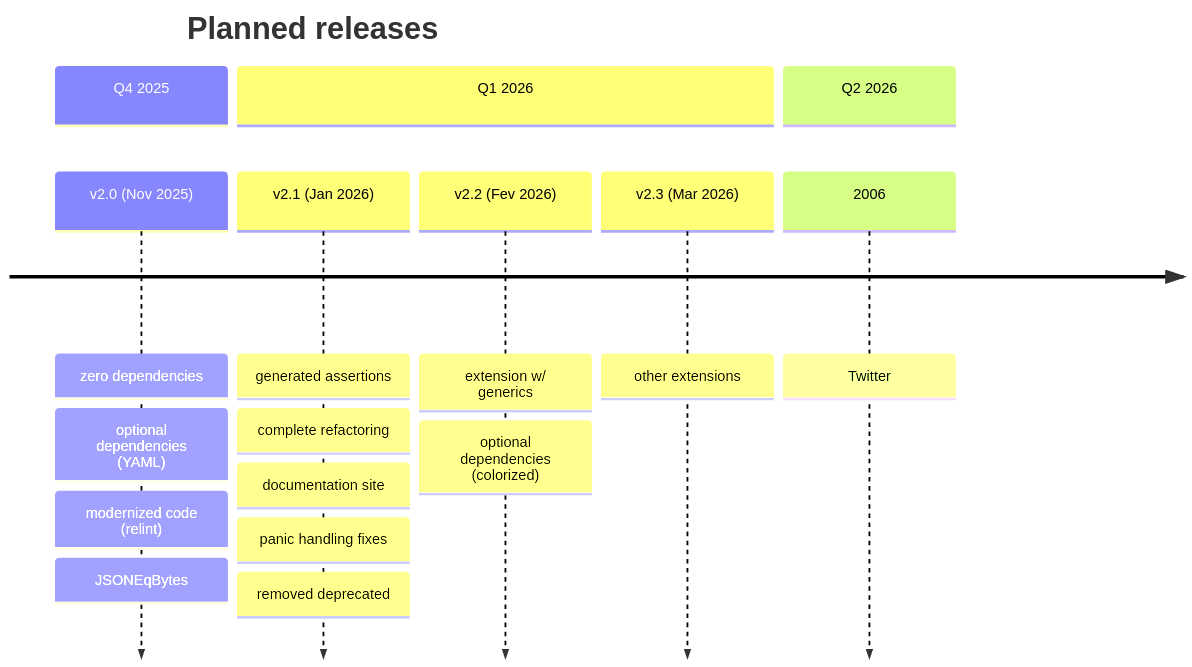
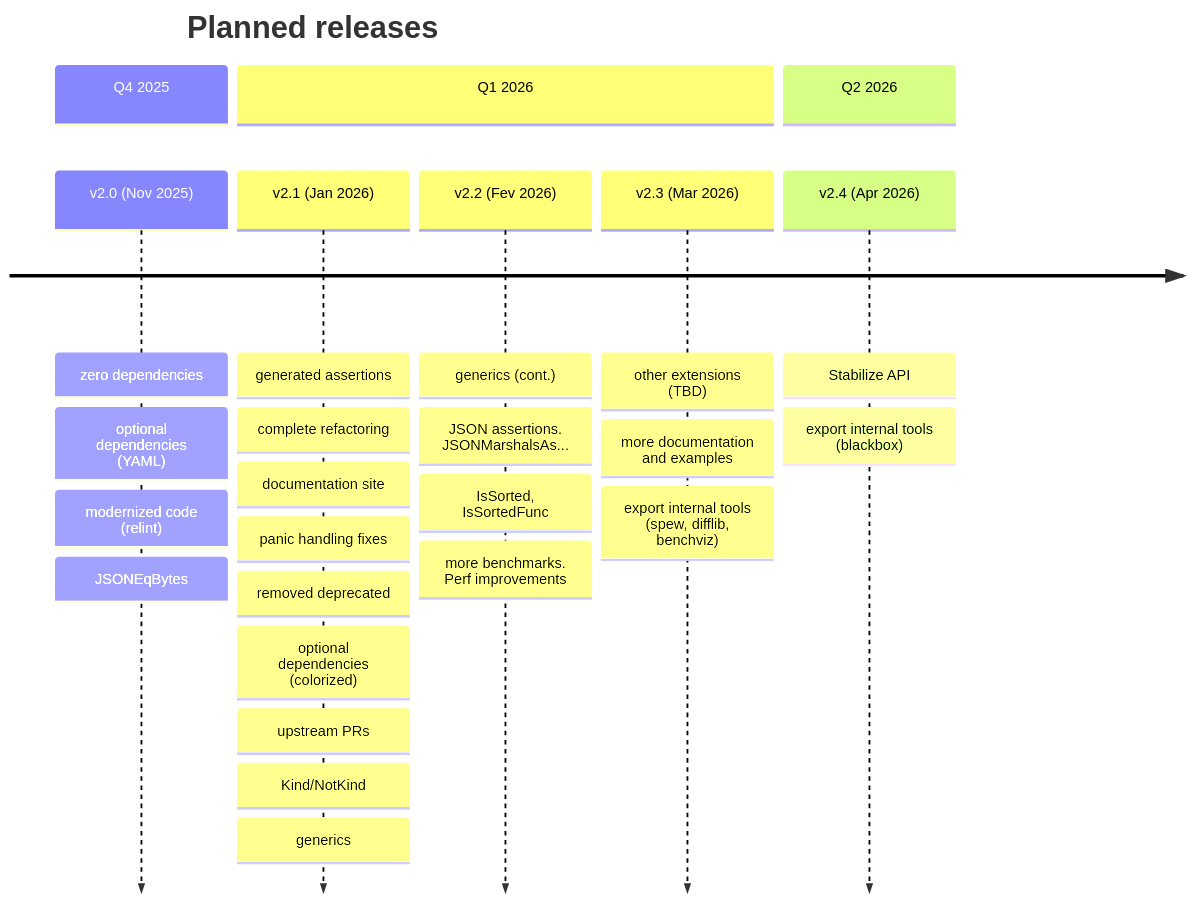
Before and after one commit to go-openapi/testify: the diagram in docs/doc-site/project/maintainers/ROADMAP.md, drawn with Mermaid. The commit also changed other lines of this file and 26 other files, not shown here.

Commit message:
doc: updated docs for generics and updated roadmap

```diff
--- a/docs/doc-site/project/maintainers/ROADMAP.md
+++ b/docs/doc-site/project/maintainers/ROADMAP.md
@@ -9,20 +9,28 @@
 {{< mermaid align="center" zoom="true" >}}
 timeline
     title Planned releases
     section Q4 2025
     v2.0 (Nov 2025) : zero dependencies
                     : optional dependencies (YAML)
                     : modernized code (relint)
                     : JSONEqBytes
     section Q1 2026
     v2.1 (Jan 2026) : generated assertions
                     : complete refactoring
                     : documentation site
                     : panic handling fixes
                     : removed deprecated
-    v2.2 (Fev 2026) : extension w/ generics
                     : optional dependencies (colorized)
-    v2.3 (Mar 2026) : other extensions
+                    : upstream PRs: Kind/NotKind
+                    : generics
+    v2.2 (Fev 2026) : generics (cont.)
+                    : JSON assertions. JSONMarshalsAs...
+                    : IsSorted, IsSortedFunc
+                    : more benchmarks. Perf improvements
+    v2.3 (Mar 2026) : other extensions (TBD)
+                    : more documentation and examples
+                    : export internal tools (spew, difflib, benchviz)
     section Q2 2026
-    2006 : Twitter
+    v2.4 (Apr 2026) : Stabilize API
+                    : export internal tools (blackbox)
 {{< /mermaid >}}
```
